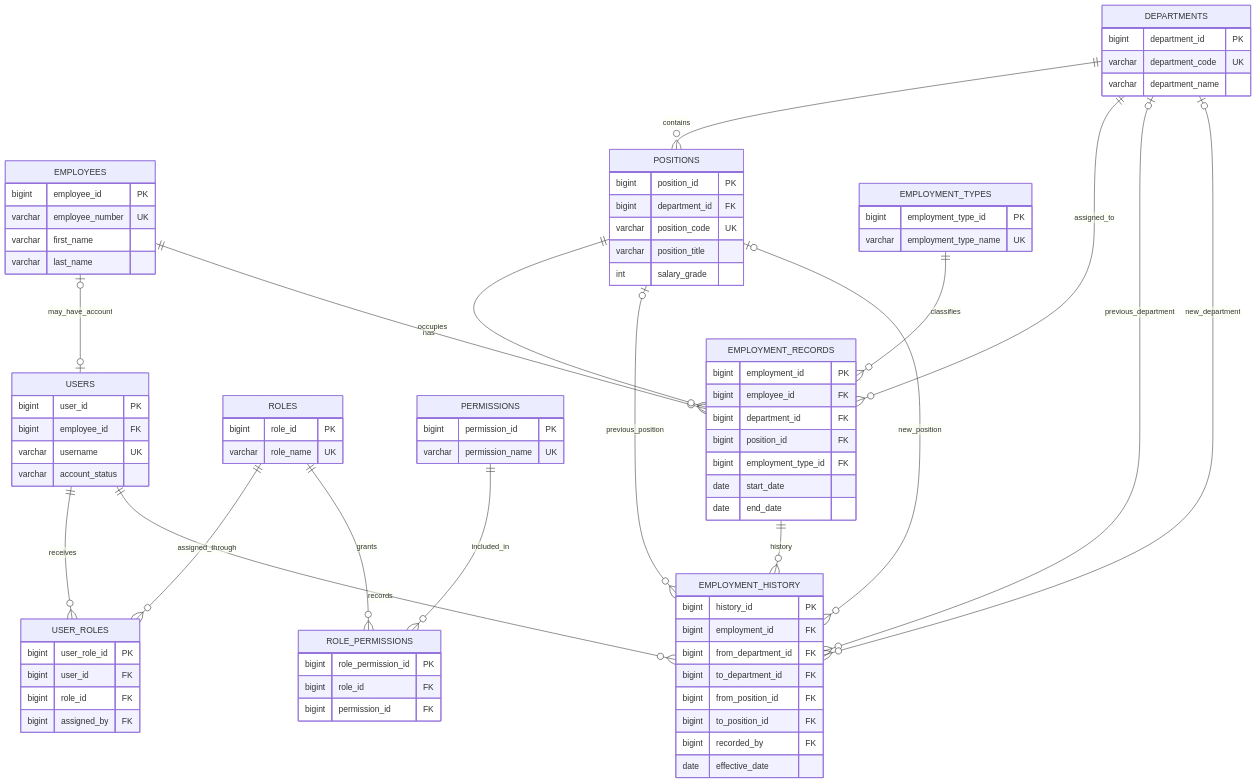
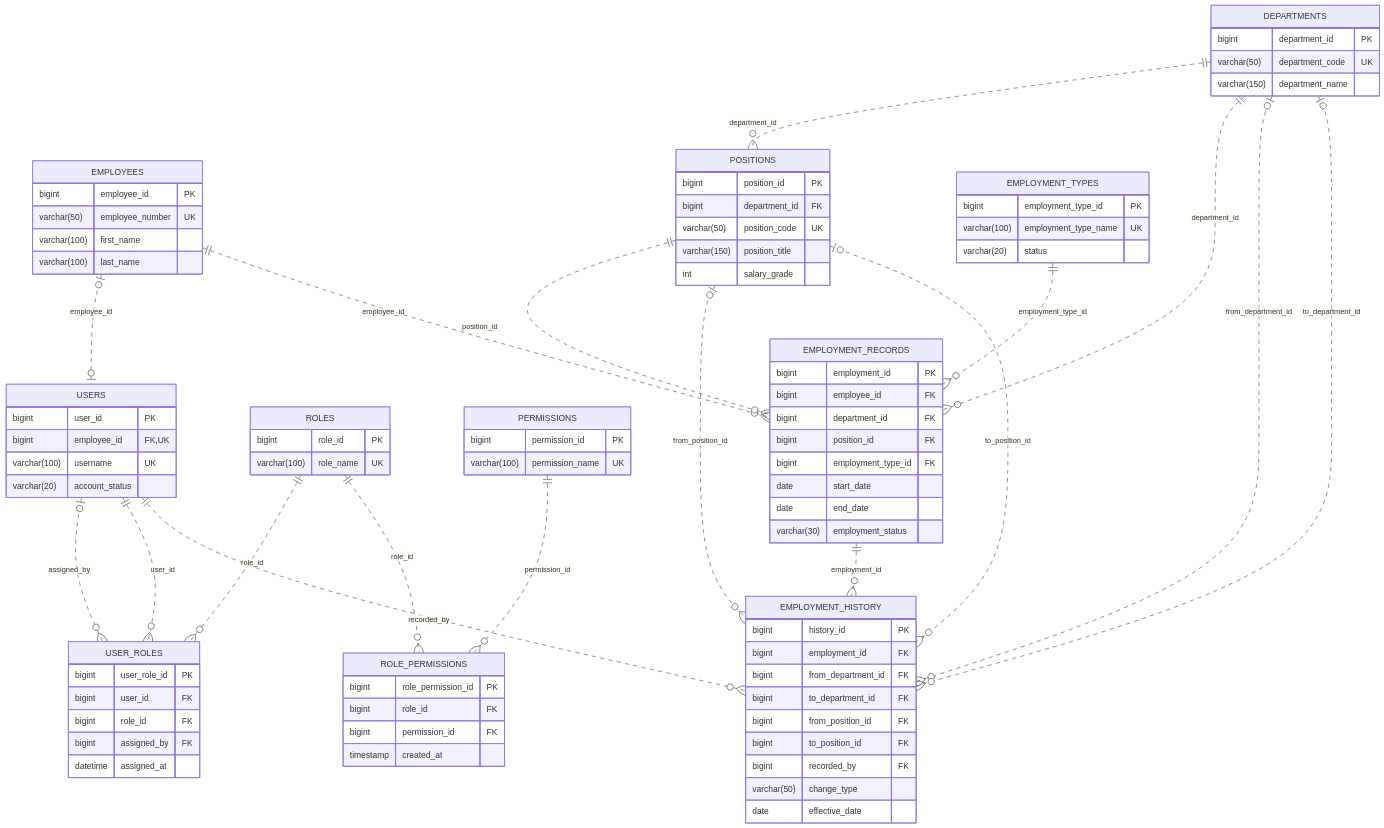
One commit to rjf0x/lgu-payroll-system changed the first of 5 diagrams in docs/erd.md. Above: the diagram before and after it, drawn with Mermaid. The commit also changed other lines of this file and 4 other files, not shown here.

````diff
--- a/docs/erd.md
+++ b/docs/erd.md
@@ -21,51 +21,54 @@
 ```mermaid
 erDiagram
-    EMPLOYEES {
-        bigint employee_id PK
-        varchar employee_number UK
-        varchar first_name
-        varchar last_name
-    }
     USERS {
         bigint user_id PK
-        bigint employee_id FK
-        varchar username UK
-        varchar account_status
+        bigint employee_id FK,UK
+        varchar(100) username UK
+        varchar(20) account_status
     }
     ROLES {
         bigint role_id PK
-        varchar role_name UK
+        varchar(100) role_name UK
     }
     PERMISSIONS {
         bigint permission_id PK
-        varchar permission_name UK
+        varchar(100) permission_name UK
     }
     USER_ROLES {
         bigint user_role_id PK
         bigint user_id FK
         bigint role_id FK
         bigint assigned_by FK
+        datetime assigned_at
     }
     ROLE_PERMISSIONS {
         bigint role_permission_id PK
         bigint role_id FK
         bigint permission_id FK
+        timestamp created_at
+    }
+    EMPLOYEES {
+        bigint employee_id PK
+        varchar(50) employee_number UK
+        varchar(100) first_name
+        varchar(100) last_name
     }
     DEPARTMENTS {
         bigint department_id PK
-        varchar department_code UK
-        varchar department_name
+        varchar(50) department_code UK
+        varchar(150) department_name
     }
     POSITIONS {
         bigint position_id PK
         bigint department_id FK
-        varchar position_code UK
-        varchar position_title
+        varchar(50) position_code UK
+        varchar(150) position_title
         int salary_grade
     }
     EMPLOYMENT_TYPES {
         bigint employment_type_id PK
-        varchar employment_type_name UK
+        varchar(100) employment_type_name UK
+        varchar(20) status
     }
     EMPLOYMENT_RECORDS {
         bigint employment_id PK
@@ -75,6 +78,7 @@
         bigint employment_type_id FK
         date start_date
         date end_date
+        varchar(30) employment_status
     }
     EMPLOYMENT_HISTORY {
         bigint history_id PK
@@ -84,23 +88,25 @@
         bigint from_position_id FK
         bigint to_position_id FK
         bigint recorded_by FK
+        varchar(50) change_type
         date effective_date
     }
 
-    EMPLOYEES o|--o| USERS : may_have_account
-    USERS ||--o{ USER_ROLES : receives
-    ROLES ||--o{ USER_ROLES : assigned_through
-    ROLES ||--o{ ROLE_PERMISSIONS : grants
-    PERMISSIONS ||--o{ ROLE_PERMISSIONS : included_in
-    DEPARTMENTS ||--o{ POSITIONS : contains
-    EMPLOYEES ||--o{ EMPLOYMENT_RECORDS : has
-    DEPARTMENTS ||--o{ EMPLOYMENT_RECORDS : assigned_to
-    POSITIONS ||--o{ EMPLOYMENT_RECORDS : occupies
-    EMPLOYMENT_TYPES ||--o{ EMPLOYMENT_RECORDS : classifies
-    EMPLOYMENT_RECORDS ||--o{ EMPLOYMENT_HISTORY : history
-    DEPARTMENTS o|--o{ EMPLOYMENT_HISTORY : previous_department
-    DEPARTMENTS o|--o{ EMPLOYMENT_HISTORY : new_department
-    POSITIONS o|--o{ EMPLOYMENT_HISTORY : previous_position
-    POSITIONS o|--o{ EMPLOYMENT_HISTORY : new_position
-    USERS ||--o{ EMPLOYMENT_HISTORY : records
+    EMPLOYEES o|..o| USERS : employee_id
+    USERS o|..o{ USER_ROLES : assigned_by
+    ROLES ||..o{ USER_ROLES : role_id
+    USERS ||..o{ USER_ROLES : user_id
+    PERMISSIONS ||..o{ ROLE_PERMISSIONS : permission_id
+    ROLES ||..o{ ROLE_PERMISSIONS : role_id
+    DEPARTMENTS ||..o{ POSITIONS : department_id
+    DEPARTMENTS ||..o{ EMPLOYMENT_RECORDS : department_id
+    EMPLOYEES ||..o{ EMPLOYMENT_RECORDS : employee_id
+    EMPLOYMENT_TYPES ||..o{ EMPLOYMENT_RECORDS : employment_type_id
+    POSITIONS ||..o{ EMPLOYMENT_RECORDS : position_id
+    EMPLOYMENT_RECORDS ||..o{ EMPLOYMENT_HISTORY : employment_id
+    DEPARTMENTS o|..o{ EMPLOYMENT_HISTORY : from_department_id
+    POSITIONS o|..o{ EMPLOYMENT_HISTORY : from_position_id
+    USERS ||..o{ EMPLOYMENT_HISTORY : recorded_by
+    DEPARTMENTS o|..o{ EMPLOYMENT_HISTORY : to_department_id
+    POSITIONS o|..o{ EMPLOYMENT_HISTORY : to_position_id
 ```
````
